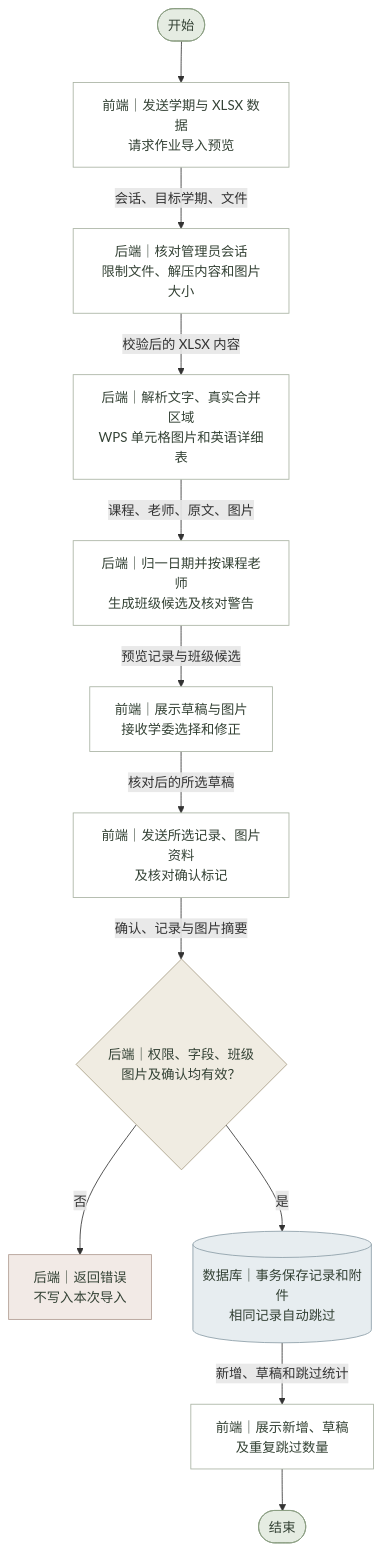
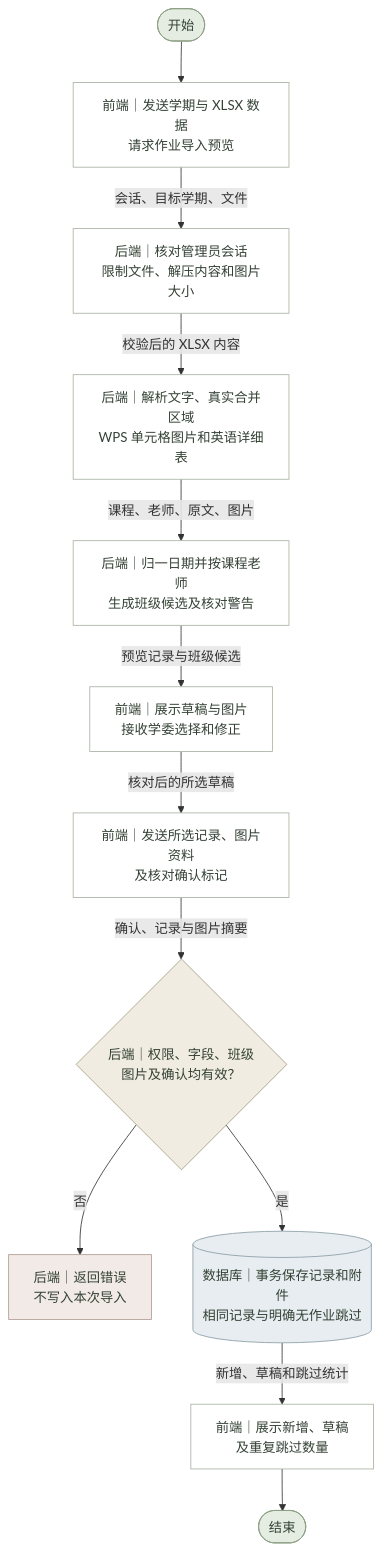
Before and after one commit to lichen-lc123/class-assistant: the diagram in 需求文档/作业功能/流程图源文件/系统流程图/Excel作业导入.mmd, drawn with Mermaid. The commit also changed 101 other files, not shown here.

```diff
--- a/需求文档/作业功能/流程图源文件/系统流程图/Excel作业导入.mmd
+++ b/需求文档/作业功能/流程图源文件/系统流程图/Excel作业导入.mmd
@@ -1,42 +1,42 @@
 %% Excel作业导入 · 系统流程图 · V1.0 · 2026-11-04
 flowchart TD
     N0(["开始"])
     N1["前端｜发送学期与 XLSX 数据<br/>请求作业导入预览"]
     N2["后端｜核对管理员会话<br/>限制文件、解压内容和图片大小"]
     N3["后端｜解析文字、真实合并区域<br/>WPS 单元格图片和英语详细表"]
     N4["后端｜归一日期并按课程老师<br/>生成班级候选及核对警告"]
     N5["前端｜展示草稿与图片<br/>接收学委选择和修正"]
     N6["前端｜发送所选记录、图片资料<br/>及核对确认标记"]
     N7{"后端｜权限、字段、班级<br/>图片及确认均有效？"}
     B7["后端｜返回错误<br/>不写入本次导入"]
-    N8[("数据库｜事务保存记录和附件<br/>相同记录自动跳过")]
+    N8[("数据库｜事务保存记录和附件<br/>相同记录与明确无作业跳过")]
     N9["前端｜展示新增、草稿<br/>及重复跳过数量"]
     N10(["结束"])
     N0 --> N1
     N1 -->|会话、目标学期、文件| N2
     N2 -->|校验后的 XLSX 内容| N3
     N3 -->|课程、老师、原文、图片| N4
     N4 -->|预览记录与班级候选| N5
     N5 -->|核对后的所选草稿| N6
     N6 -->|确认、记录与图片摘要| N7
     N7 -->|否| B7
     N7 -->|是| N8
     N8 -->|新增、草稿和跳过统计| N9
     N9 --> N10
     classDef normal fill:#FFFFFF,stroke:#A8B2A2,color:#344235;
     classDef decision fill:#F0ECE2,stroke:#A69B83,color:#344235;
     classDef terminal fill:#E5ECE2,stroke:#8A9D82,color:#344235;
     classDef exception fill:#F2EAE6,stroke:#B09B91,color:#344235;
     classDef database fill:#E7EDF0,stroke:#8A9CA6,color:#344235;
     class N0 terminal;
     class N1 normal;
     class N2 normal;
     class N3 normal;
     class N4 normal;
     class N5 normal;
     class N6 normal;
     class N7 decision;
     class B7 exception;
     class N8 database;
     class N9 normal;
     class N10 terminal;
```
